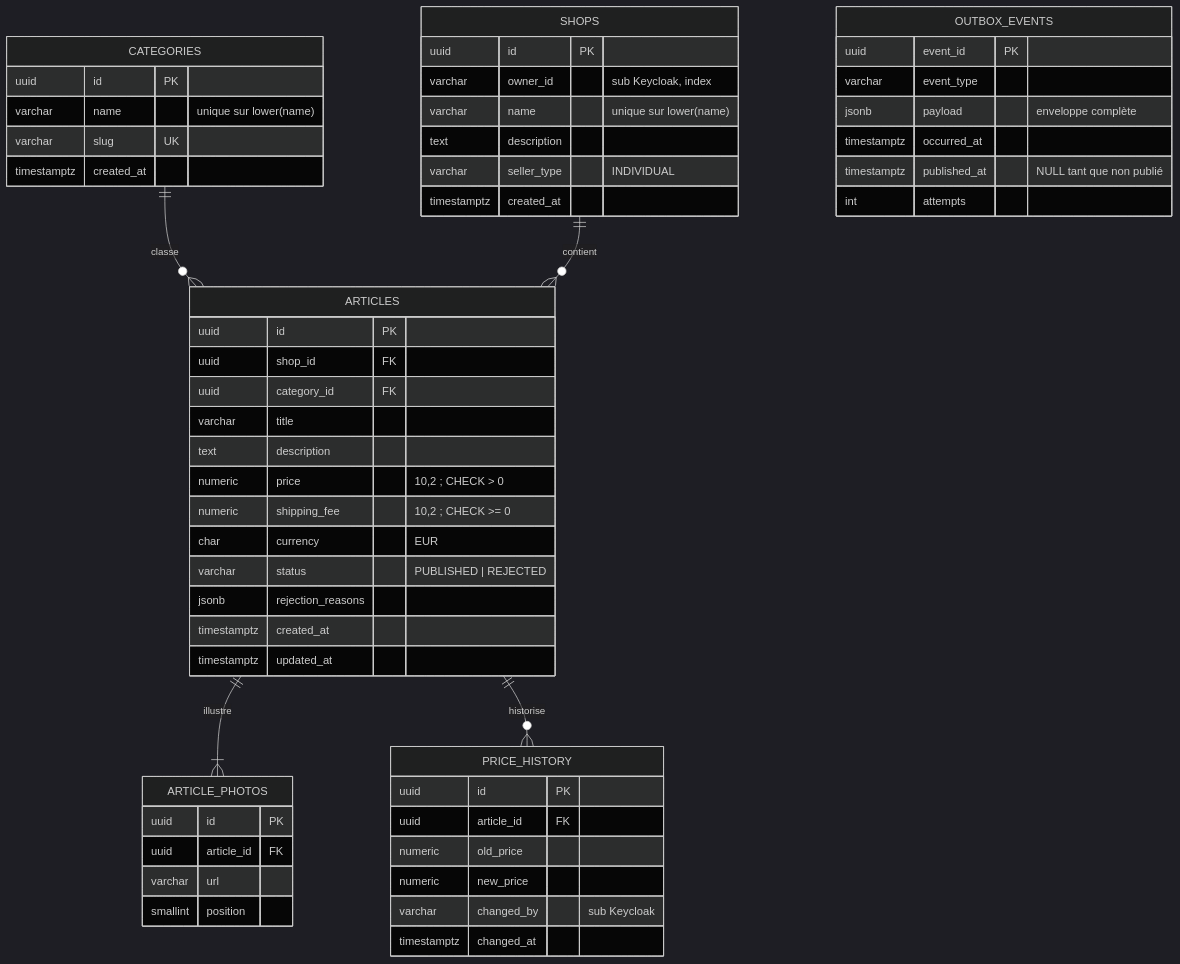
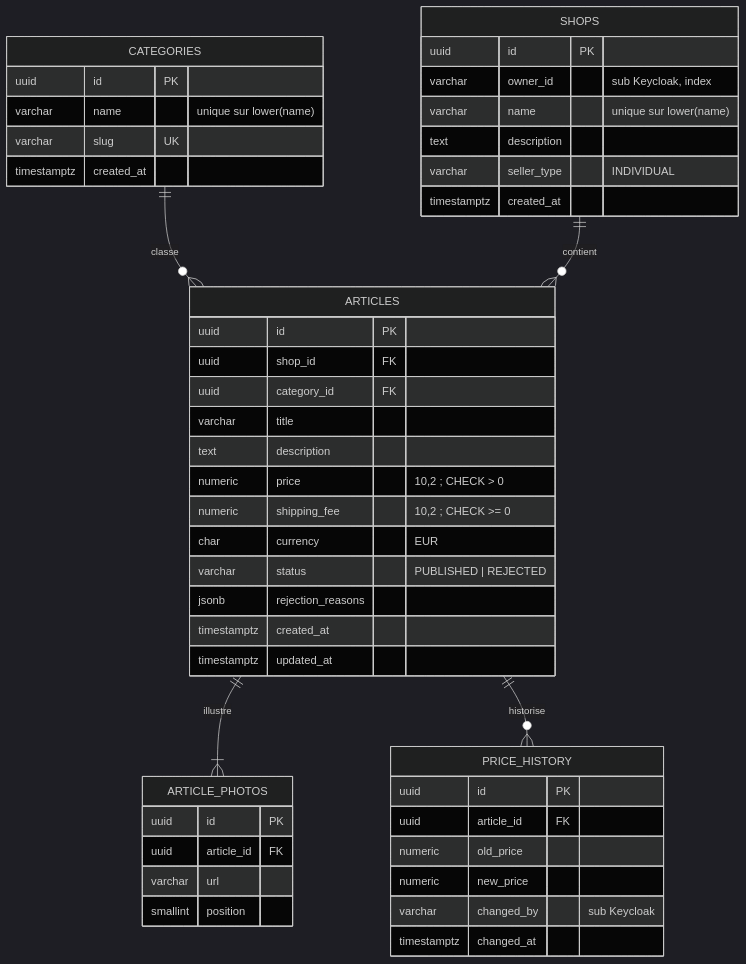
Before and after one commit to Luucaaas/collector-poc: the second of 3 diagrams in docs/02-architecture/contrats.md, drawn with Mermaid (dark theme). The commit also changed other lines of this file and 36 other files, not shown here.

````diff
--- a/docs/02-architecture/contrats.md
+++ b/docs/02-architecture/contrats.md
@@ -352,59 +336,51 @@
 ```mermaid
 erDiagram
     %% id: donnees-catalog
     CATEGORIES ||--o{ ARTICLES : classe
     SHOPS ||--o{ ARTICLES : contient
     ARTICLES ||--|{ ARTICLE_PHOTOS : illustre
     ARTICLES ||--o{ PRICE_HISTORY : historise
 
     CATEGORIES {
         uuid id PK
         varchar name "unique sur lower(name)"
         varchar slug UK
         timestamptz created_at
     }
     SHOPS {
         uuid id PK
         varchar owner_id "sub Keycloak, index"
         varchar name "unique sur lower(name)"
         text description
         varchar seller_type "INDIVIDUAL"
         timestamptz created_at
     }
     ARTICLES {
         uuid id PK
         uuid shop_id FK
         uuid category_id FK
         varchar title
         text description
         numeric price "10,2 ; CHECK > 0"
         numeric shipping_fee "10,2 ; CHECK >= 0"
         char currency "EUR"
         varchar status "PUBLISHED | REJECTED"
         jsonb rejection_reasons
         timestamptz created_at
         timestamptz updated_at
     }
     ARTICLE_PHOTOS {
         uuid id PK
         uuid article_id FK
         varchar url
         smallint position
     }
     PRICE_HISTORY {
         uuid id PK
         uuid article_id FK
         numeric old_price
         numeric new_price
         varchar changed_by "sub Keycloak"
         timestamptz changed_at
     }
-    OUTBOX_EVENTS {
-        uuid event_id PK
-        varchar event_type
-        jsonb payload "enveloppe complète"
-        timestamptz occurred_at
-        timestamptz published_at "NULL tant que non publié"
-        int attempts
-    }
 ```
````
